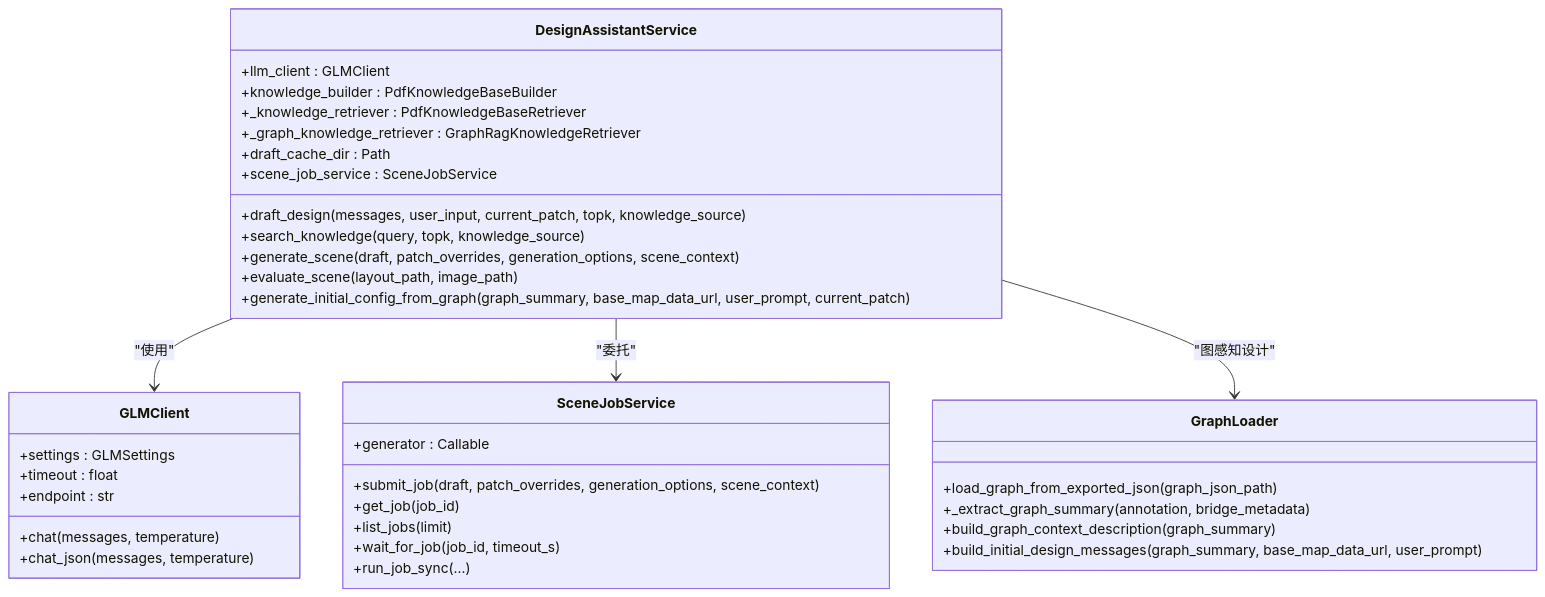
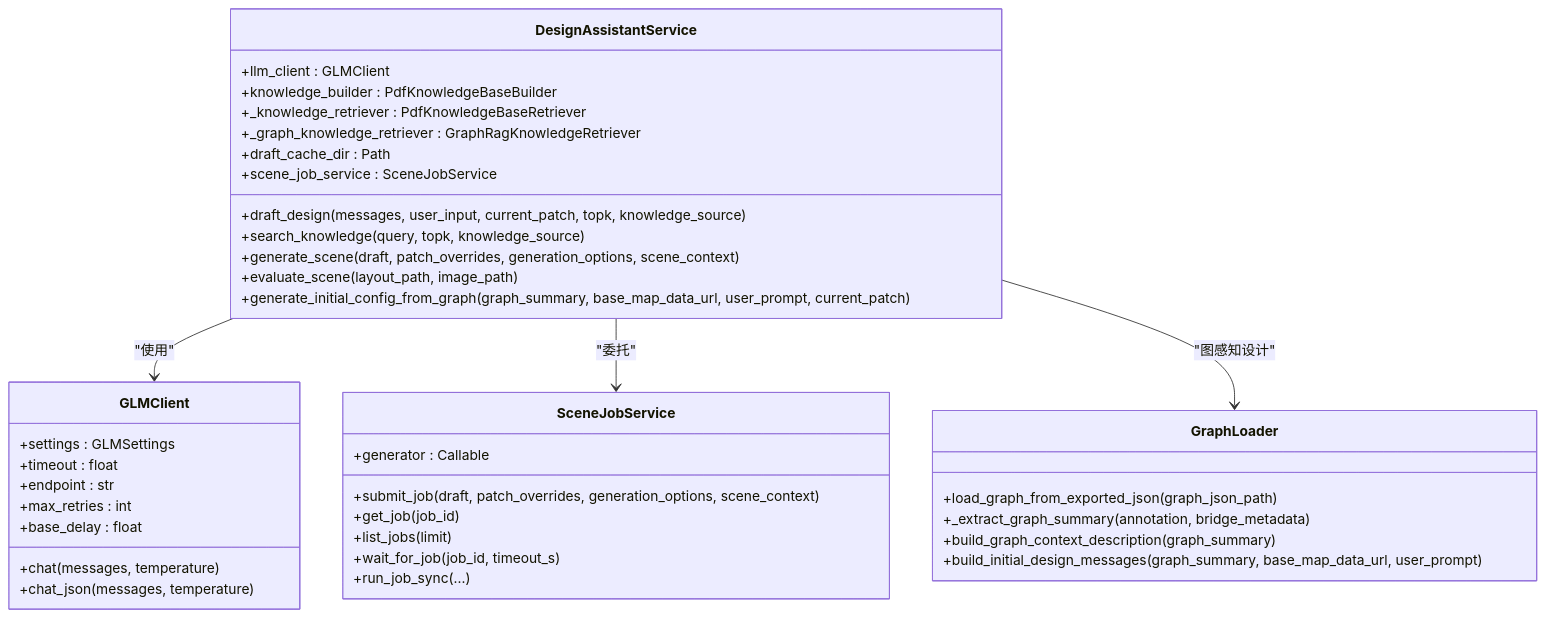
The second of 9 diagrams in .qoder/repowiki/zh/content/Web界面系统/LLM集成系统.md (wsqstar/RoadGen3D), drawn with Mermaid before and after one commit. The commit also changed other lines of this file and 12 other files, not shown here.

````diff
--- a/.qoder/repowiki/zh/content/Web界面系统/LLM集成系统.md
+++ b/.qoder/repowiki/zh/content/Web界面系统/LLM集成系统.md
@@ -127,40 +129,42 @@
 ```mermaid
 classDiagram
 class DesignAssistantService {
 +llm_client : GLMClient
 +knowledge_builder : PdfKnowledgeBaseBuilder
 +_knowledge_retriever : PdfKnowledgeBaseRetriever
 +_graph_knowledge_retriever : GraphRagKnowledgeRetriever
 +draft_cache_dir : Path
 +scene_job_service : SceneJobService
 +draft_design(messages, user_input, current_patch, topk, knowledge_source)
 +search_knowledge(query, topk, knowledge_source)
 +generate_scene(draft, patch_overrides, generation_options, scene_context)
 +evaluate_scene(layout_path, image_path)
 +generate_initial_config_from_graph(graph_summary, base_map_data_url, user_prompt, current_patch)
 }
 class GLMClient {
 +settings : GLMSettings
 +timeout : float
 +endpoint : str
++max_retries : int
++base_delay : float
 +chat(messages, temperature)
 +chat_json(messages, temperature)
 }
 class SceneJobService {
 +generator : Callable
 +submit_job(draft, patch_overrides, generation_options, scene_context)
 +get_job(job_id)
 +list_jobs(limit)
 +wait_for_job(job_id, timeout_s)
 +run_job_sync(...)
 }
 class GraphLoader {
 +load_graph_from_exported_json(graph_json_path)
 +_extract_graph_summary(annotation, bridge_metadata)
 +build_graph_context_description(graph_summary)
 +build_initial_design_messages(graph_summary, base_map_data_url, user_prompt)
 }
 DesignAssistantService --> GLMClient : "使用"
 DesignAssistantService --> SceneJobService : "委托"
 DesignAssistantService --> GraphLoader : "图感知设计"
 ```
````
